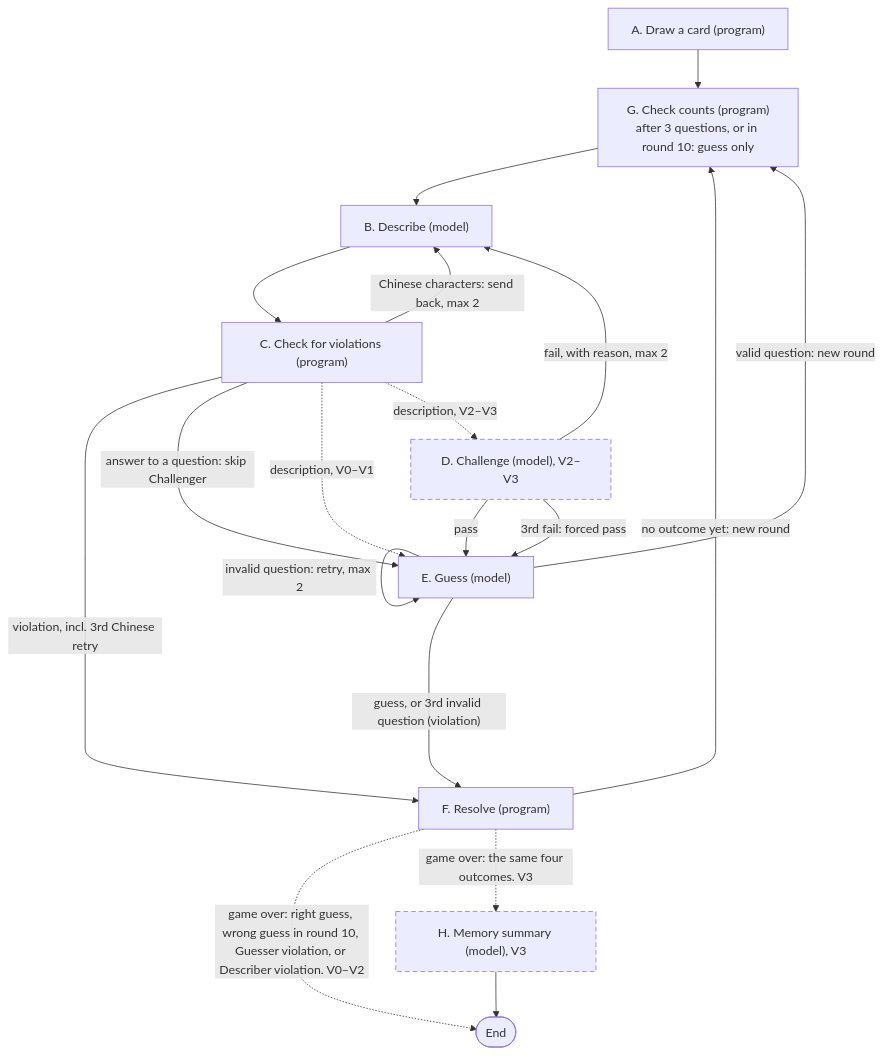
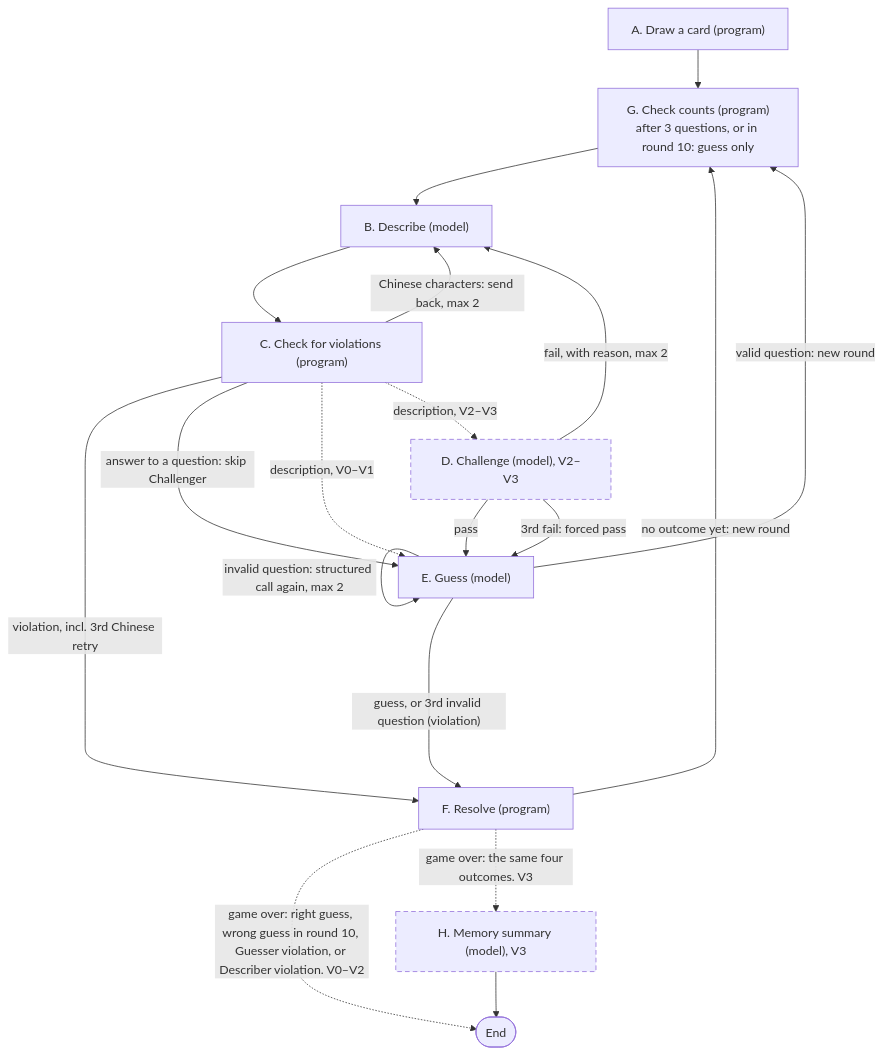
The diagram in SPEC.md (skinner2012/Dont-Say-Oyster), drawn with Mermaid before and after one commit. The commit also changed other lines of this file and 1 other file, not shown here.

Commit message:
docs(spec): R17 retries only the structured call, R43 defines a lookup, State excludes invalid questions

````diff
--- a/SPEC.md
+++ b/SPEC.md
@@ -280,23 +280,23 @@
 ```mermaid
 flowchart TD
     A["A. Draw a card (program)"] --> G["G. Check counts (program)<br/>after 3 questions, or in round 10: guess only"]
     G --> B["B. Describe (model)"]
     B --> C["C. Check for violations (program)"]
     C -->|"violation, incl. 3rd Chinese retry"| F["F. Resolve (program)"]
     C -->|"Chinese characters: send back, max 2"| B
     C -->|"answer to a question: skip Challenger"| E["E. Guess (model)"]
     C -.->|"description, V0–V1"| E
     C -.->|"description, V2–V3"| D["D. Challenge (model), V2–V3"]
     D -->|"pass"| E
     D -->|"fail, with reason, max 2"| B
     D -->|"3rd fail: forced pass"| E
-    E -->|"invalid question: retry, max 2"| E
+    E -->|"invalid question: structured call again, max 2"| E
     E -->|"valid question: new round"| G
     E ---->|"guess, or 3rd invalid question (violation)"| F
     F -->|"no outcome yet: new round"| G
     F -.->|"game over: right guess, wrong guess in round 10, Guesser violation, or Describer violation. V0–V2"| Z([End])
     F -.->|"game over: the same four outcomes. V3"| H["H. Memory summary (model), V3"]
     H --> Z
     classDef variantOnly stroke-dasharray: 6 4
     class D,H variantOnly
 ```
````
